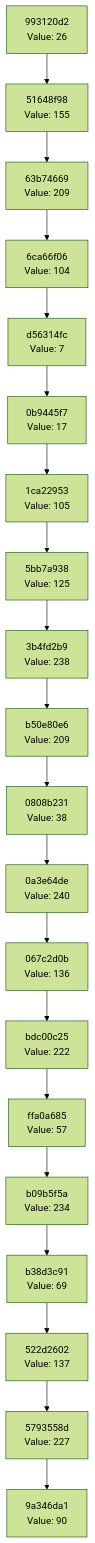
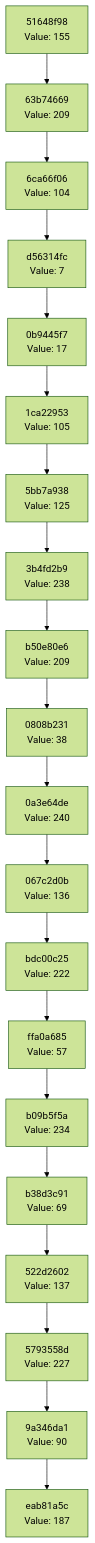
Before and after one commit to Abhisheksinha1506/hash-chain-evolver: the diagram in docs/CHAIN_VISUALIZATION.md, drawn with Mermaid (forest theme). The commit also changed 2 other files, not shown here.

Commit message:
Evolution step: hash 0xBB → action executed

````diff
--- a/docs/CHAIN_VISUALIZATION.md
+++ b/docs/CHAIN_VISUALIZATION.md
@@ -3,42 +3,42 @@
 ```mermaid
 graph TD
-    C0["9a346da1<br/>Value: 90"]
-    C1["5793558d<br/>Value: 227"]
+    C0["eab81a5c<br/>Value: 187"]
+    C1["9a346da1<br/>Value: 90"]
     C1 --> C0
-    C2["522d2602<br/>Value: 137"]
+    C2["5793558d<br/>Value: 227"]
     C2 --> C1
-    C3["b38d3c91<br/>Value: 69"]
+    C3["522d2602<br/>Value: 137"]
     C3 --> C2
-    C4["b09b5f5a<br/>Value: 234"]
+    C4["b38d3c91<br/>Value: 69"]
     C4 --> C3
-    C5["ffa0a685<br/>Value: 57"]
+    C5["b09b5f5a<br/>Value: 234"]
     C5 --> C4
-    C6["bdc00c25<br/>Value: 222"]
+    C6["ffa0a685<br/>Value: 57"]
     C6 --> C5
-    C7["067c2d0b<br/>Value: 136"]
+    C7["bdc00c25<br/>Value: 222"]
     C7 --> C6
-    C8["0a3e64de<br/>Value: 240"]
+    C8["067c2d0b<br/>Value: 136"]
     C8 --> C7
-    C9["0808b231<br/>Value: 38"]
+    C9["0a3e64de<br/>Value: 240"]
     C9 --> C8
-    C10["b50e80e6<br/>Value: 209"]
+    C10["0808b231<br/>Value: 38"]
     C10 --> C9
-    C11["3b4fd2b9<br/>Value: 238"]
+    C11["b50e80e6<br/>Value: 209"]
     C11 --> C10
-    C12["5bb7a938<br/>Value: 125"]
+    C12["3b4fd2b9<br/>Value: 238"]
     C12 --> C11
-    C13["1ca22953<br/>Value: 105"]
+    C13["5bb7a938<br/>Value: 125"]
     C13 --> C12
-    C14["0b9445f7<br/>Value: 17"]
+    C14["1ca22953<br/>Value: 105"]
     C14 --> C13
-    C15["d56314fc<br/>Value: 7"]
+    C15["0b9445f7<br/>Value: 17"]
     C15 --> C14
-    C16["6ca66f06<br/>Value: 104"]
+    C16["d56314fc<br/>Value: 7"]
     C16 --> C15
-    C17["63b74669<br/>Value: 209"]
+    C17["6ca66f06<br/>Value: 104"]
     C17 --> C16
-    C18["51648f98<br/>Value: 155"]
+    C18["63b74669<br/>Value: 209"]
     C18 --> C17
-    C19["993120d2<br/>Value: 26"]
+    C19["51648f98<br/>Value: 155"]
     C19 --> C18
 ```
````
